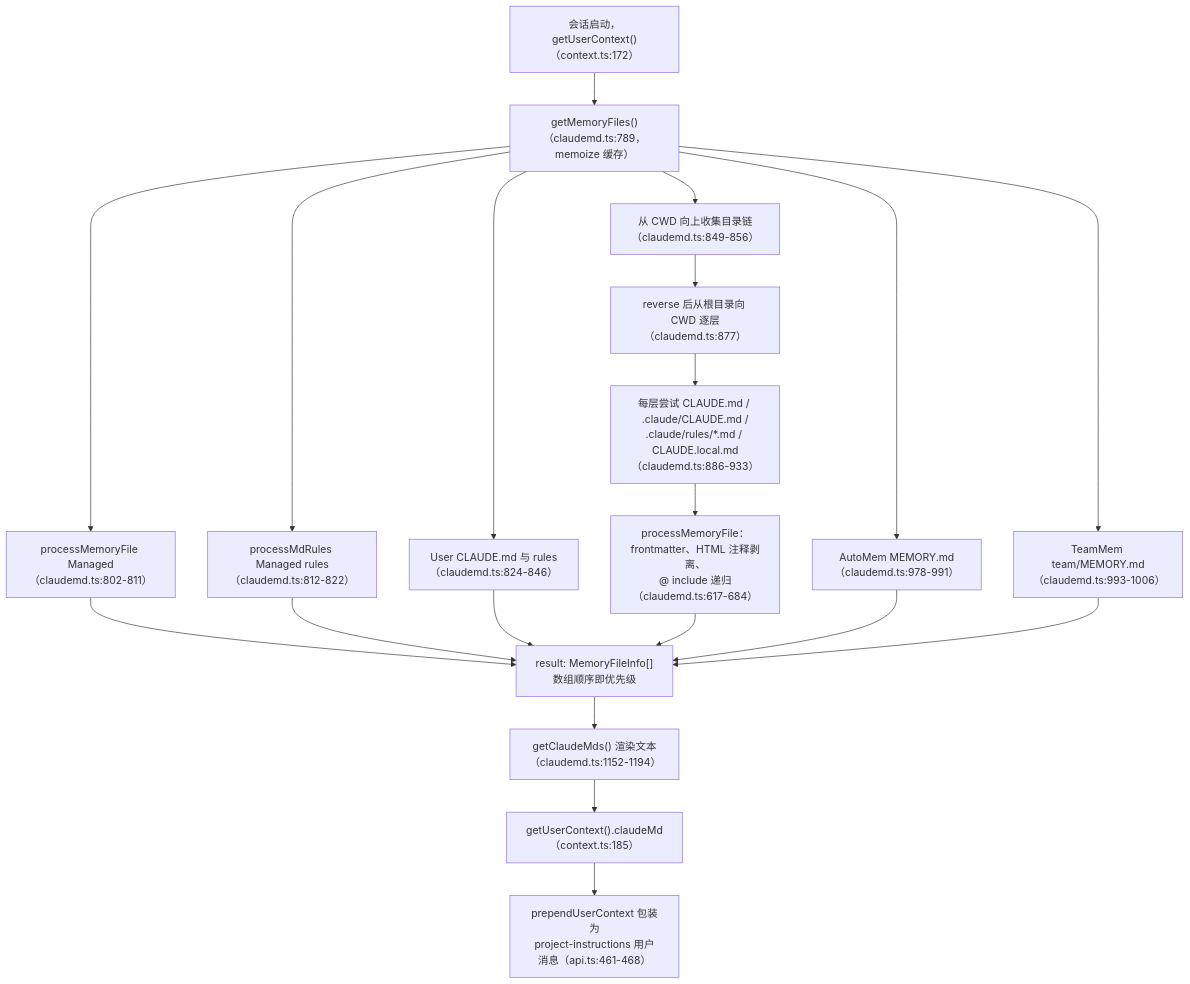
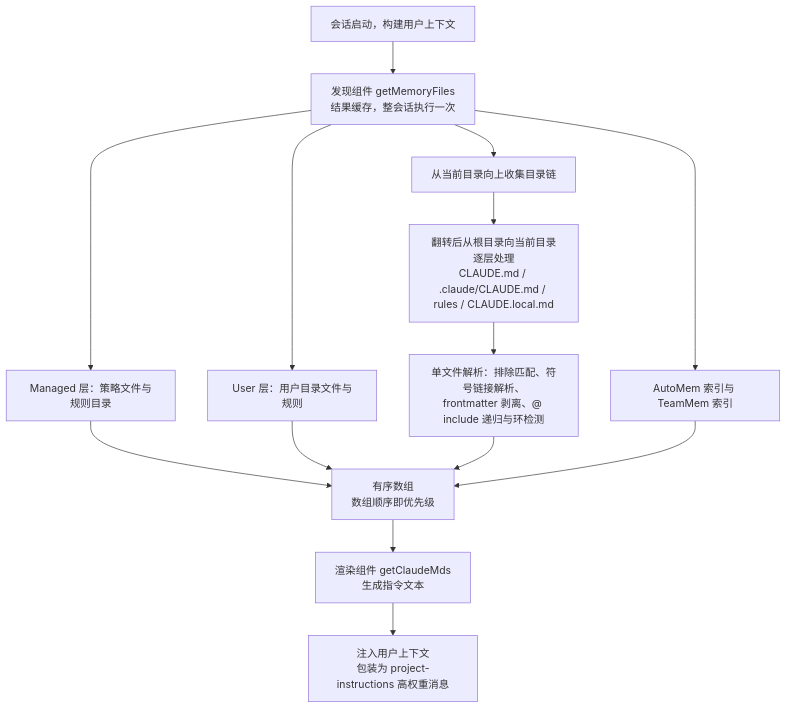
Before and after one commit to c926694/obsidian_note: the second of 4 diagrams in agent/learn-cc/memory.md, drawn with Mermaid. The commit also changed other lines of this file and 6 other files, not shown here.

````diff
--- a/agent/learn-cc/memory.md
+++ b/agent/learn-cc/memory.md
@@ -196,17 +263,13 @@
 ```mermaid
 flowchart TD
-  A["会话启动，getUserContext()（context.ts:172）"] --> B["getMemoryFiles()（claudemd.ts:789，memoize 缓存）"]
-  B --> C["processMemoryFile Managed（claudemd.ts:802-811）"]
-  B --> D["processMdRules Managed rules（claudemd.ts:812-822）"]
-  B --> E["User CLAUDE.md 与 rules（claudemd.ts:824-846）"]
-  B --> F["从 CWD 向上收集目录链（claudemd.ts:849-856）"]
-  F --> G["reverse 后从根目录向 CWD 逐层（claudemd.ts:877）"]
-  G --> H["每层尝试 CLAUDE.md / .claude/CLAUDE.md /<br/>.claude/rules/*.md / CLAUDE.local.md（claudemd.ts:886-933）"]
-  H --> I["processMemoryFile：frontmatter、HTML 注释剥离、<br/>@ include 递归（claudemd.ts:617-684）"]
-  B --> J["AutoMem MEMORY.md（claudemd.ts:978-991）"]
-  B --> K["TeamMem team/MEMORY.md（claudemd.ts:993-1006）"]
-  C & D & E & I & J & K --> R["result: MemoryFileInfo[]<br/>数组顺序即优先级"]
-  R --> S["getClaudeMds() 渲染文本（claudemd.ts:1152-1194）"]
-  S --> T["getUserContext().claudeMd（context.ts:185）"]
-  T --> U["prependUserContext 包装为<br/>project-instructions 用户消息（api.ts:461-468）"]
+  A["会话启动，构建用户上下文"] --> B["发现组件 getMemoryFiles<br/>结果缓存，整会话执行一次"]
+  B --> C["Managed 层：策略文件与规则目录"]
+  B --> D["User 层：用户目录文件与规则"]
+  B --> E["从当前目录向上收集目录链"]
+  E --> F["翻转后从根目录向当前目录逐层处理<br/>CLAUDE.md / .claude/CLAUDE.md / rules / CLAUDE.local.md"]
+  F --> G["单文件解析：排除匹配、符号链接解析、<br/>frontmatter 剥离、@ include 递归与环检测"]
+  B --> H["AutoMem 索引与 TeamMem 索引"]
+  C & D & G & H --> R["有序数组<br/>数组顺序即优先级"]
+  R --> S["渲染组件 getClaudeMds<br/>生成指令文本"]
+  S --> T["注入用户上下文<br/>包装为 project-instructions 高权重消息"]
 ```
````
